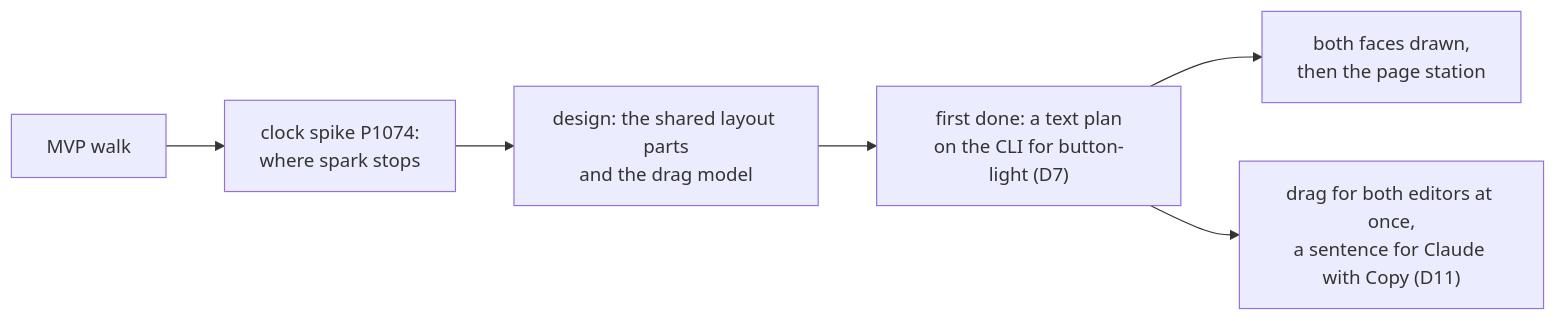
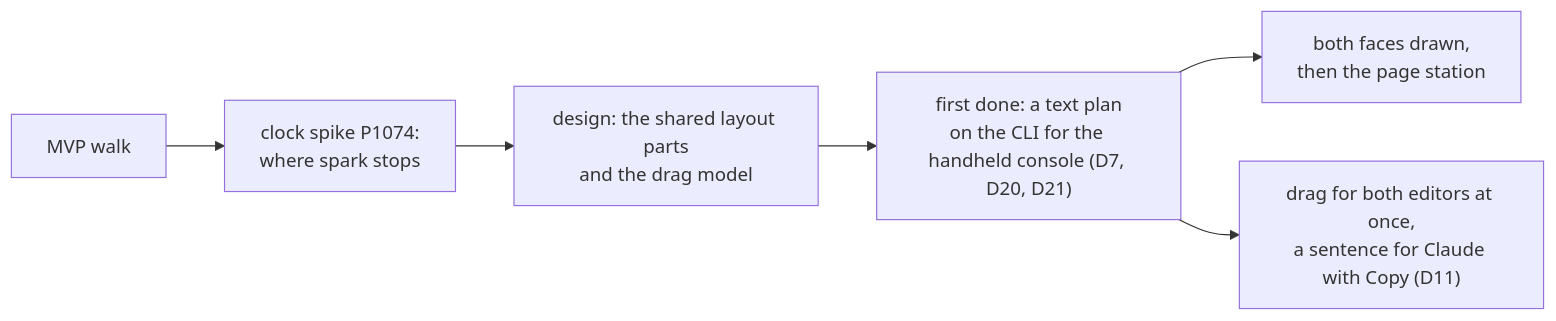
Before and after one commit to xmejkal/spark: the diagram in docs/discovery/2026-11-28-perfboard-step/README.md, drawn with Mermaid. The commit also changed other lines of this file and 7 other files, not shown here.

Commit message:
P1352 review round 3: the console replaces button-light everywhere, the README and the stale lines fixed, D23 for the rows file

````diff
--- a/docs/discovery/2026-11-28-perfboard-step/README.md
+++ b/docs/discovery/2026-11-28-perfboard-step/README.md
@@ -9,8 +9,8 @@
 ```mermaid
 flowchart LR
   MVP["MVP walk"] --> SP["clock spike P1074:<br/>where spark stops"]
   SP --> DS["design: the shared layout parts<br/>and the drag model"]
-  DS --> SK["first done: a text plan<br/>on the CLI for button-light (D7)"]
+  DS --> SK["first done: a text plan<br/>on the CLI for the handheld console (D7, D20, D21)"]
   SK --> DR["both faces drawn,<br/>then the page station"]
   SK --> DG["drag for both editors at once,<br/>a sentence for Claude with Copy (D11)"]
 ```
````
